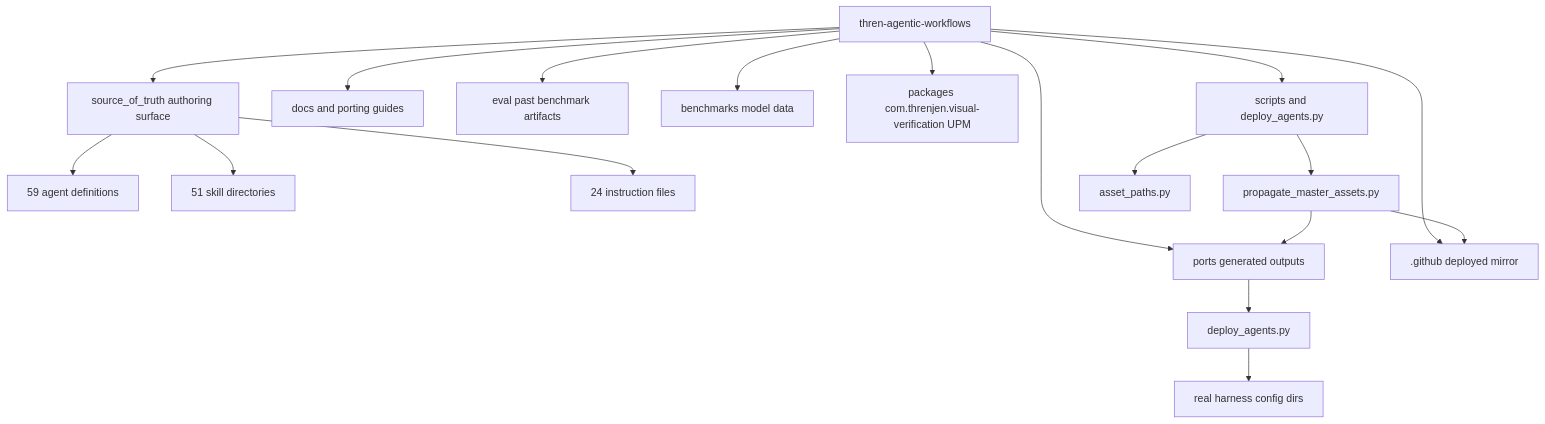
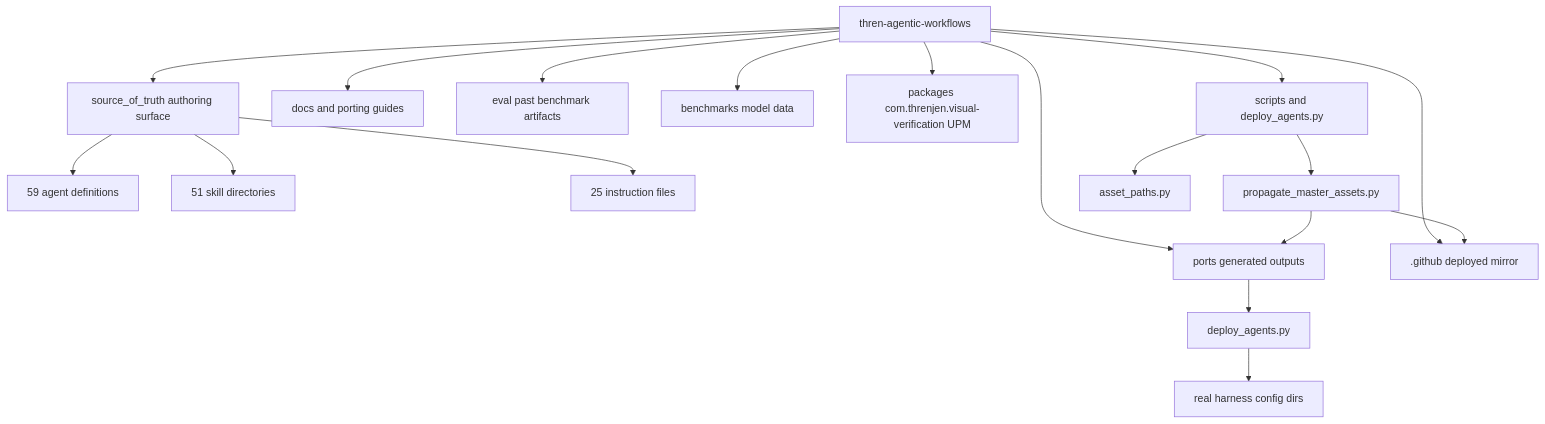
Before and after one commit to threnjen/thren-agentic-workflows: the first of 4 diagrams in docs/ARCHITECTURE.md, drawn with Mermaid. The commit also changed other lines of this file and 13 other files, not shown here.

````diff
--- a/docs/ARCHITECTURE.md
+++ b/docs/ARCHITECTURE.md
@@ -25,24 +25,24 @@
 ```mermaid
 flowchart TD
     Root[thren-agentic-workflows]
 
     Root --> SOT[source_of_truth authoring surface]
     Root --> Ports[ports generated outputs]
     Root --> DotGithub[.github deployed mirror]
     Root --> Docs[docs and porting guides]
     Root --> Eval[eval past benchmark artifacts]
     Root --> Bench[benchmarks model data]
     Root --> Pkg[packages com.threnjen.visual-verification UPM]
     Root --> Scripts[scripts and deploy_agents.py]
 
     SOT --> Agents[59 agent definitions]
     SOT --> Skills[51 skill directories]
-    SOT --> Instructions[24 instruction files]
+    SOT --> Instructions[25 instruction files]
 
     Scripts --> Propagate[propagate_master_assets.py]
     Scripts --> Shared[asset_paths.py]
     Propagate --> Ports
     Propagate --> DotGithub
     Deploy[deploy_agents.py] --> RealDirs[real harness config dirs]
     Ports --> Deploy
 ```
````
